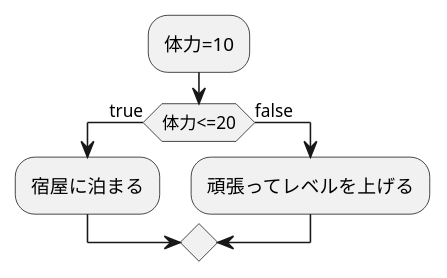
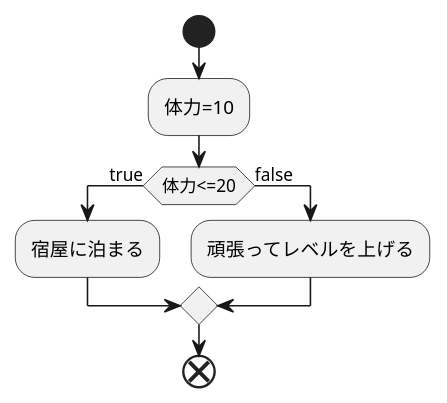
The diagram in kadai4.md (Aso2001165/2021sys-design-3), drawn with PlantUML before and after one commit.

````diff
--- a/kadai4.md
+++ b/kadai4.md
@@ -1,10 +1,12 @@
 ```uml
 @startuml
+start
 :体力=10;
 if(体力<=20)then(true)
 :宿屋に泊まる;
 else(false)
 :頑張ってレベルを上げる;
 endif
+end
 @enduml
 ```
````
